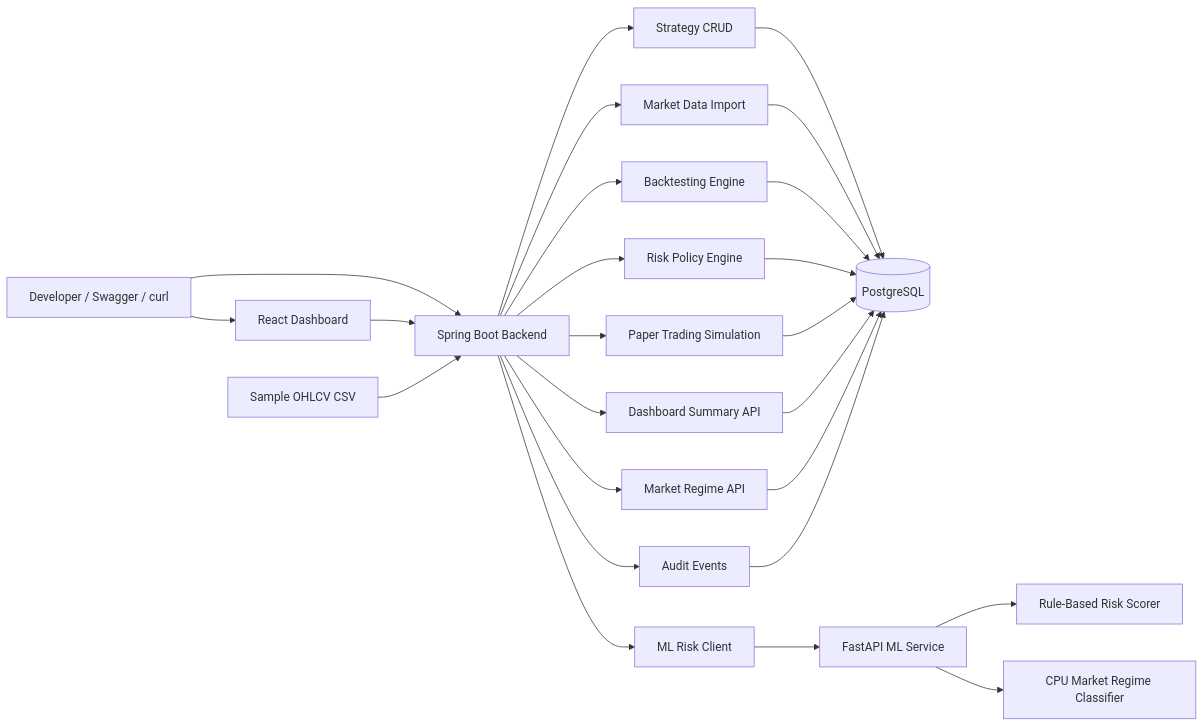
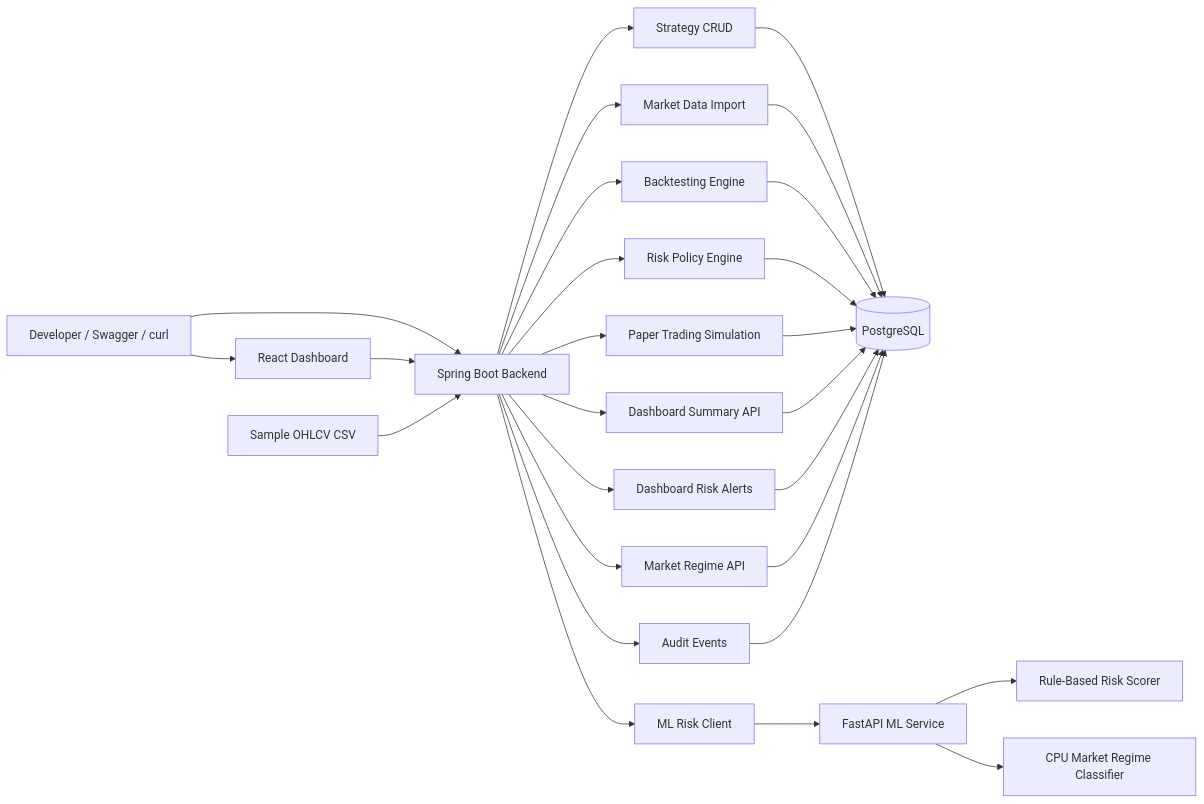
The diagram in docs/architecture.md (isthisjason/signal-attention), drawn with Mermaid before and after one commit. The commit also changed other lines of this file and 3 other files, not shown here.

Commit message:
documented dashboard risk alerts

````diff
--- a/docs/architecture.md
+++ b/docs/architecture.md
@@ -3,30 +3,32 @@
 ```mermaid
 flowchart LR
     user[Developer / Swagger / curl] --> backend[Spring Boot Backend]
     user --> frontend[React Dashboard]
     frontend --> backend
     csv[Sample OHLCV CSV] --> backend
 
     backend --> strategies[Strategy CRUD]
     backend --> marketdata[Market Data Import]
     backend --> backtests[Backtesting Engine]
     backend --> risk[Risk Policy Engine]
     backend --> paper[Paper Trading Simulation]
     backend --> dashboard[Dashboard Summary API]
+    backend --> alerts[Dashboard Risk Alerts]
     backend --> regime[Market Regime API]
     backend --> audit[Audit Events]
     backend --> mlclient[ML Risk Client]
 
     strategies --> postgres[(PostgreSQL)]
     marketdata --> postgres
     backtests --> postgres
     risk --> postgres
     paper --> postgres
     dashboard --> postgres
+    alerts --> postgres
     regime --> postgres
     audit --> postgres
 
     mlclient --> ml[FastAPI ML Service]
     ml --> scorer[Rule-Based Risk Scorer]
     ml --> regimeClassifier[CPU Market Regime Classifier]
 ```
````
